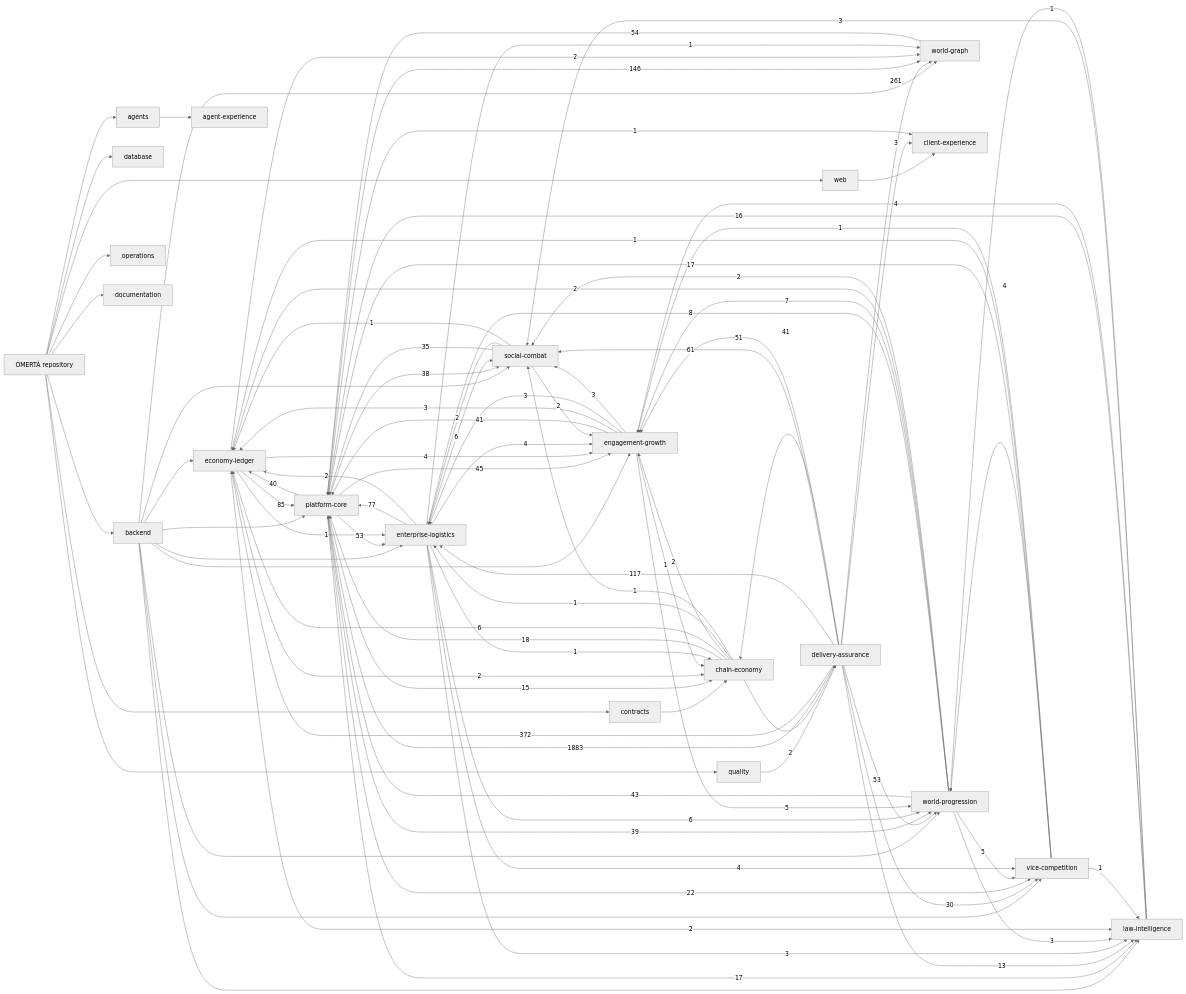
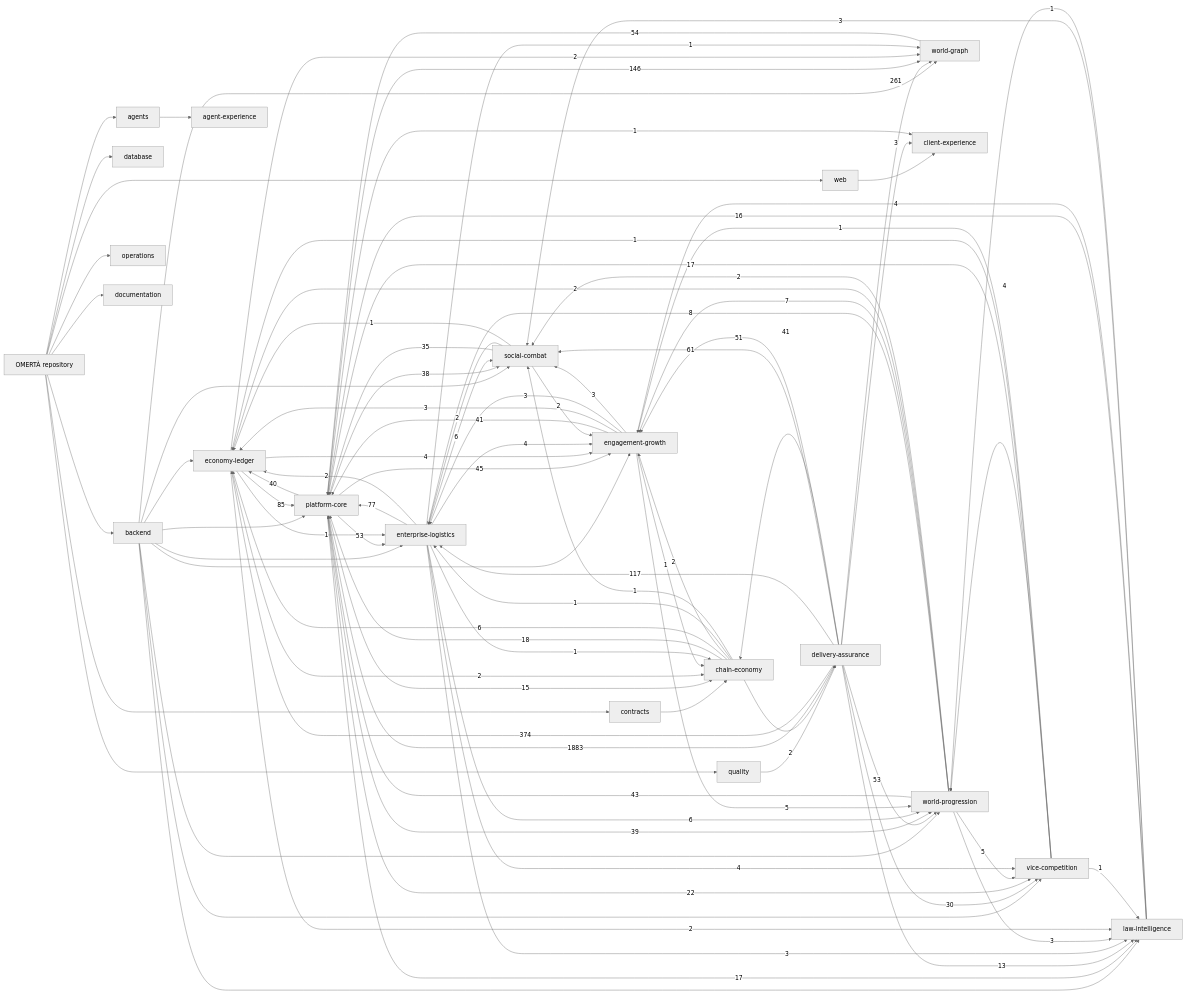
One commit to OmertaDev/Omerta changed the diagram in knowledge/generated/graph.mmd. Above: the diagram before and after it, drawn with Mermaid (neutral theme). The commit also changed 5 other files, not shown here.

```diff
--- a/knowledge/generated/graph.mmd
+++ b/knowledge/generated/graph.mmd
@@ -1,113 +1,113 @@
 flowchart LR
   repo["OMERTÀ repository"]
   sub_backend["backend"]
   repo --> sub_backend
   sub_database["database"]
   repo --> sub_database
   sub_web["web"]
   repo --> sub_web
   sub_contracts["contracts"]
   repo --> sub_contracts
   sub_agents["agents"]
   repo --> sub_agents
   sub_quality["quality"]
   repo --> sub_quality
   sub_operations["operations"]
   repo --> sub_operations
   sub_documentation["documentation"]
   repo --> sub_documentation
   dom_platform-core["platform-core"]
   dom_economy-ledger["economy-ledger"]
   dom_social-combat["social-combat"]
   dom_world-progression["world-progression"]
   dom_world-graph["world-graph"]
   dom_enterprise-logistics["enterprise-logistics"]
   dom_vice-competition["vice-competition"]
   dom_law-intelligence["law-intelligence"]
   dom_chain-economy["chain-economy"]
   dom_engagement-growth["engagement-growth"]
   dom_client-experience["client-experience"]
   dom_agent-experience["agent-experience"]
   dom_delivery-assurance["delivery-assurance"]
   sub_agents --> dom_agent-experience
   sub_backend --> dom_economy-ledger
   sub_backend --> dom_engagement-growth
   sub_backend --> dom_enterprise-logistics
   sub_backend --> dom_law-intelligence
   sub_backend --> dom_platform-core
   sub_backend --> dom_social-combat
   sub_backend --> dom_vice-competition
   sub_backend --> dom_world-graph
   sub_backend --> dom_world-progression
   sub_contracts --> dom_chain-economy
   sub_quality --> dom_delivery-assurance
   sub_web --> dom_client-experience
   dom_delivery-assurance -->|1883| dom_platform-core
-  dom_delivery-assurance -->|372| dom_economy-ledger
+  dom_delivery-assurance -->|374| dom_economy-ledger
   dom_delivery-assurance -->|261| dom_world-graph
   dom_platform-core -->|146| dom_world-graph
   dom_delivery-assurance -->|117| dom_enterprise-logistics
   dom_economy-ledger -->|85| dom_platform-core
   dom_enterprise-logistics -->|77| dom_platform-core
   dom_delivery-assurance -->|61| dom_social-combat
   dom_world-graph -->|54| dom_platform-core
   dom_delivery-assurance -->|53| dom_world-progression
   dom_platform-core -->|53| dom_enterprise-logistics
   dom_delivery-assurance -->|51| dom_engagement-growth
   dom_platform-core -->|45| dom_engagement-growth
   dom_world-progression -->|43| dom_platform-core
   dom_delivery-assurance -->|41| dom_chain-economy
   dom_engagement-growth -->|41| dom_platform-core
   dom_platform-core -->|40| dom_economy-ledger
   dom_platform-core -->|39| dom_world-progression
   dom_platform-core -->|38| dom_social-combat
   dom_social-combat -->|35| dom_platform-core
   dom_delivery-assurance -->|30| dom_vice-competition
   dom_platform-core -->|22| dom_vice-competition
   dom_chain-economy -->|18| dom_platform-core
   dom_platform-core -->|17| dom_law-intelligence
   dom_vice-competition -->|17| dom_platform-core
   dom_law-intelligence -->|16| dom_platform-core
   dom_platform-core -->|15| dom_chain-economy
   dom_delivery-assurance -->|13| dom_law-intelligence
   dom_world-progression -->|8| dom_enterprise-logistics
   dom_world-progression -->|7| dom_engagement-growth
   dom_chain-economy -->|6| dom_economy-ledger
   dom_enterprise-logistics -->|6| dom_social-combat
   dom_enterprise-logistics -->|6| dom_world-progression
   dom_engagement-growth -->|5| dom_world-progression
   dom_world-progression -->|5| dom_vice-competition
   dom_economy-ledger -->|4| dom_engagement-growth
   dom_enterprise-logistics -->|4| dom_engagement-growth
   dom_enterprise-logistics -->|4| dom_vice-competition
   dom_law-intelligence -->|4| dom_engagement-growth
   dom_vice-competition -->|4| dom_world-progression
   dom_delivery-assurance -->|3| dom_client-experience
   dom_engagement-growth -->|3| dom_economy-ledger
   dom_engagement-growth -->|3| dom_enterprise-logistics
   dom_engagement-growth -->|3| dom_social-combat
   dom_enterprise-logistics -->|3| dom_law-intelligence
   dom_law-intelligence -->|3| dom_social-combat
   dom_world-progression -->|3| dom_law-intelligence
   dom_chain-economy -->|2| dom_delivery-assurance
   dom_chain-economy -->|2| dom_engagement-growth
   dom_economy-ledger -->|2| dom_chain-economy
   dom_economy-ledger -->|2| dom_law-intelligence
   dom_economy-ledger -->|2| dom_world-graph
   dom_enterprise-logistics -->|2| dom_economy-ledger
   dom_social-combat -->|2| dom_engagement-growth
   dom_social-combat -->|2| dom_enterprise-logistics
   dom_world-progression -->|2| dom_economy-ledger
   dom_world-progression -->|2| dom_social-combat
   dom_chain-economy -->|1| dom_enterprise-logistics
   dom_chain-economy -->|1| dom_social-combat
   dom_economy-ledger -->|1| dom_enterprise-logistics
   dom_engagement-growth -->|1| dom_chain-economy
   dom_enterprise-logistics -->|1| dom_chain-economy
   dom_enterprise-logistics -->|1| dom_world-graph
   dom_law-intelligence -->|1| dom_world-progression
   dom_platform-core -->|1| dom_client-experience
   dom_social-combat -->|1| dom_economy-ledger
   dom_vice-competition -->|1| dom_economy-ledger
   dom_vice-competition -->|1| dom_engagement-growth
   dom_vice-competition -->|1| dom_law-intelligence
```
